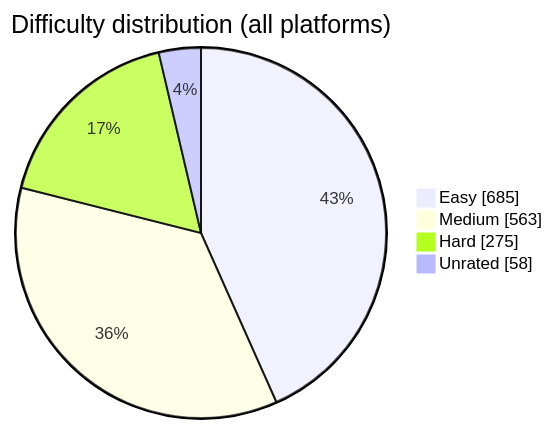
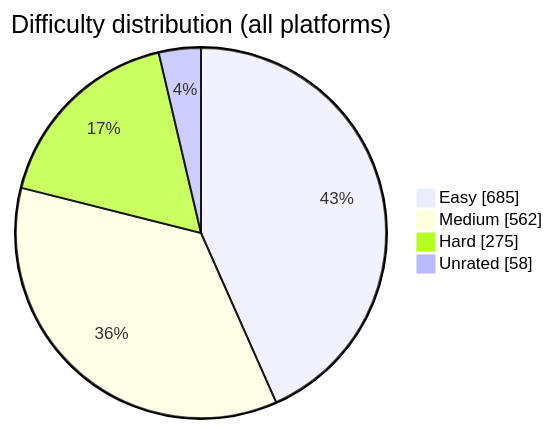
Before and after one commit to BuildbyArindam/Daily-Coding-Log: the diagram in README.md, drawn with Mermaid. The commit also changed other lines of this file, not shown here.

````diff
--- a/README.md
+++ b/README.md
@@ -93,7 +93,7 @@
 ```mermaid
 pie showData title Difficulty distribution (all platforms)
     "Easy" : 685
-    "Medium" : 563
+    "Medium" : 562
     "Hard" : 275
     "Unrated" : 58
 ```
````
